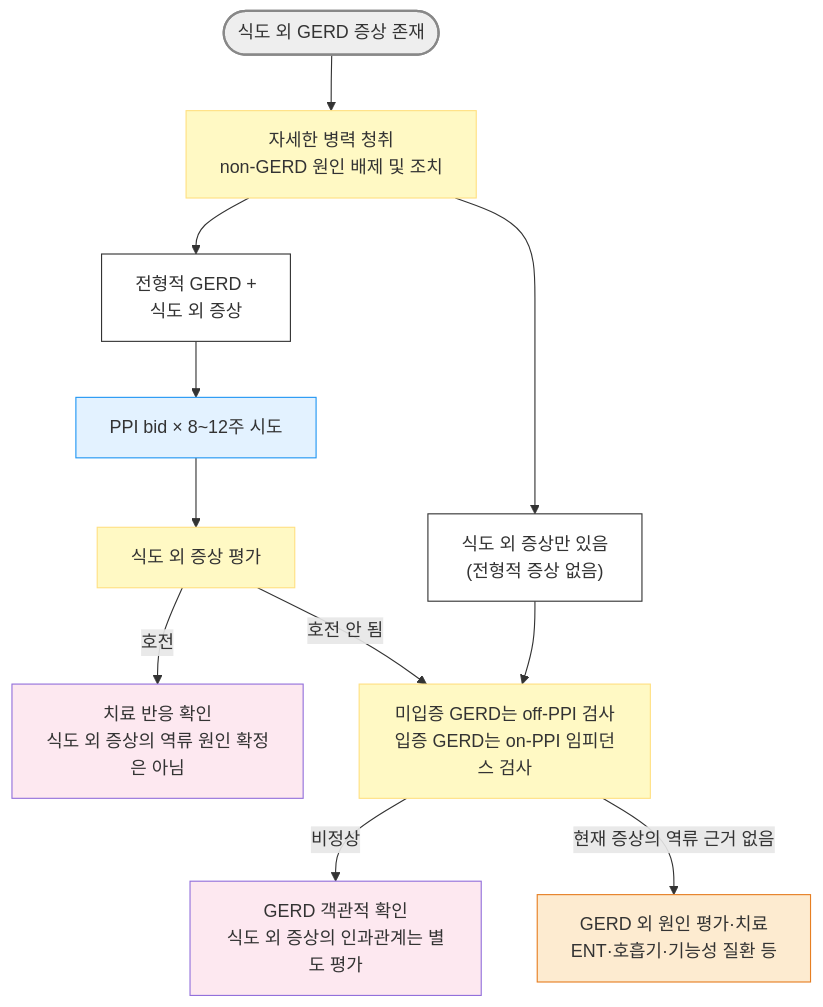
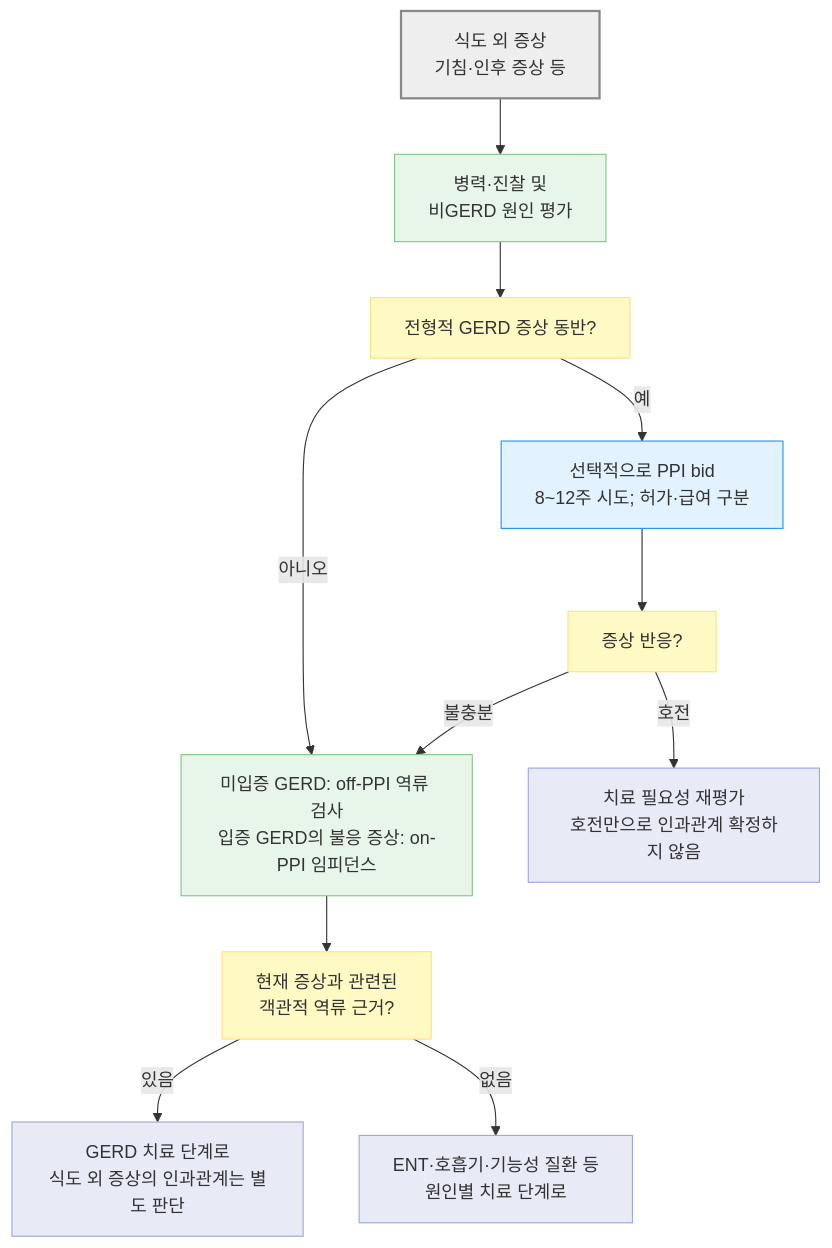
The second of 5 diagrams in 224_/081_-gerd.md (familyoh77/familyoh77), drawn with Mermaid before and after one commit. The commit also changed other lines of this file and 4 other files, not shown here.

````diff
--- a/224_/081_-gerd.md
+++ b/224_/081_-gerd.md
@@ -224,37 +231,24 @@
 ```mermaid
-graph TD
-    Start(["식도 외 GERD 증상 존재"])
-    History["자세한 병력 청취<br/>non-GERD 원인 배제 및 조치"]
-    Typical["전형적 GERD +<br/>식도 외 증상"]
-    Atypical["식도 외 증상만 있음<br/>(전형적 증상 없음)"]
-    PPI_Trial["PPI bid × 8~12주 시도"]
-    Symptoms_Check["식도 외 증상 평가"]
-    Monitoring["미입증 GERD는 off-PPI 검사<br/>입증 GERD는 on-PPI 임피던스 검사"]
-    GERD_Confirm1["치료 반응 확인<br/>식도 외 증상의 역류 원인 확정은 아님"]
-    GERD_Confirm2["GERD 객관적 확인<br/>식도 외 증상의 인과관계는 별도 평가"]
-    Other["GERD 외 원인 평가·치료<br/>ENT·호흡기·기능성 질환 등"]
+flowchart TD
+    A["식도 외 증상<br/>기침·인후 증상 등"] --> H["병력·진찰 및<br/>비GERD 원인 평가"]
+    H --> T["전형적 GERD 증상 동반?"]
+    T -- "예" --> P["선택적으로 PPI bid<br/>8~12주 시도; 허가·급여 구분"]
+    T -- "아니오" --> M["미입증 GERD: off-PPI 역류 검사<br/>입증 GERD의 불응 증상: on-PPI 임피던스"]
+    P --> R["증상 반응?"]
+    R -- "호전" --> G["치료 필요성 재평가<br/>호전만으로 인과관계 확정하지 않음"]
+    R -- "불충분" --> M
+    M --> MQ["현재 증상과 관련된<br/>객관적 역류 근거?"]
+    MQ -- "있음" --> J["GERD 치료 단계로<br/>식도 외 증상의 인과관계는 별도 판단"]
+    MQ -- "없음" --> O["ENT·호흡기·기능성 질환 등<br/>원인별 치료 단계로"]
 
-    Start --> History
-    History --> Typical
-    History --> Atypical
-    Typical --> PPI_Trial
-    PPI_Trial --> Symptoms_Check
-    Symptoms_Check -- "호전" --> GERD_Confirm1
-    Symptoms_Check -- "호전 안 됨" --> Monitoring
-    Atypical --> Monitoring
-    Monitoring -- "비정상" --> GERD_Confirm2
-    Monitoring -- "현재 증상의 역류 근거 없음" --> Other
-
-    style Start fill:#eeeeee,stroke:#888888,stroke-width:2px
-    style History fill:#fff9c4,stroke:#ffe082
-    classDef white fill:#fff,stroke:#333
-class Typical,Atypical white
-    classDef sky fill:#e3f2ff,stroke:#2196f3
-class PPI_Trial sky
-    classDef yellow fill:#fff9c4,stroke:#ffe082
-class Symptoms_Check,Monitoring yellow
-    classDef pink fill:#fde8f0
-class GERD_Confirm1,GERD_Confirm2 pink
-    classDef orange fill:#fdebd0,stroke:#e67e22
-class Other orange
+    classDef neutral fill:#eeeeee,stroke:#888888,stroke-width:2px
+    classDef question fill:#fff9c4,stroke:#ffe082
+    classDef test fill:#e8f5e9,stroke:#81c784
+    classDef treatment fill:#e3f2ff,stroke:#2196f3
+    classDef next fill:#e8eaf6,stroke:#9fa8da
+    class A neutral
+    class T,R,MQ question
+    class H,M test
+    class P treatment
+    class G,J,O next
 ```
````
